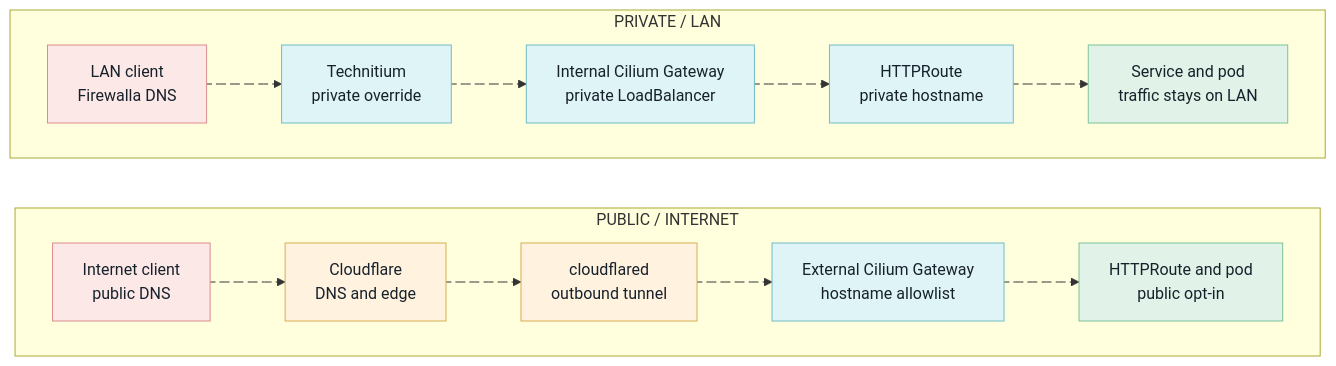
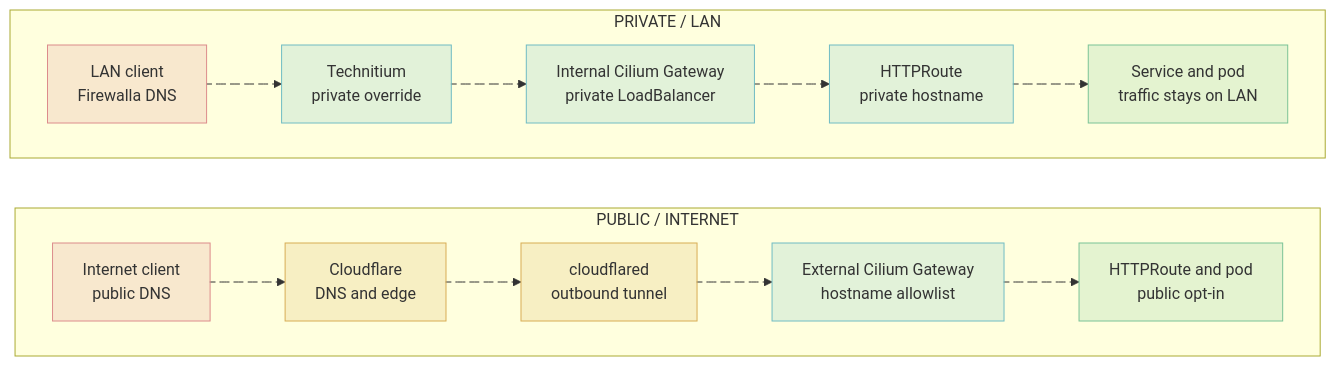
One commit to mitchross/talos-argocd-proxmox changed the diagram in docs/domains/networking/technitium-vanillax-me-migration.md. Above: the diagram before and after it, drawn with Mermaid. The commit also changed 8 other files, not shown here.

Commit message:
docs: make Mermaid boxes readable in dark mode (#4079)

````diff
--- a/docs/domains/networking/technitium-vanillax-me-migration.md
+++ b/docs/domains/networking/technitium-vanillax-me-migration.md
@@ -14,61 +14,61 @@
 ```mermaid
 flowchart TB
   accTitle: Private and public request paths
   accDescr: Private requests resolve through Technitium to the internal Cilium gateway. Public requests enter through Cloudflare Tunnel and the external gateway. Both paths end at an HTTPRoute and application service.
 
   subgraph PRIVATE["PRIVATE / LAN"]
     direction LR
     LAN["`LAN client
     Firewalla DNS`"]
     TECH["`Technitium
     private override`"]
     INT["`Internal Cilium Gateway
     private LoadBalancer`"]
     IROUTE["`HTTPRoute
     private hostname`"]
     IPOD["`Service and pod
     traffic stays on LAN`"]
     LAN private1@--> TECH
     TECH private2@--> INT
     INT private3@--> IROUTE
     IROUTE private4@--> IPOD
   end
 
   subgraph PUBLIC["PUBLIC / INTERNET"]
     direction LR
     WEB["`Internet client
     public DNS`"]
     CF["`Cloudflare
     DNS and edge`"]
     TUNNEL["`cloudflared
     outbound tunnel`"]
     EXT["`External Cilium Gateway
     hostname allowlist`"]
     PPOD["`HTTPRoute and pod
     public opt-in`"]
     WEB public1@--> CF
     CF public2@--> TUNNEL
     TUNNEL public3@--> EXT
     EXT public4@--> PPOD
   end
 
   PRIVATE ~~~ PUBLIC
 
-  classDef source fill:#fde8e8,stroke:#dc8c8c,color:#17212b
-  classDef controller fill:#dff4f6,stroke:#70bcc4,color:#17212b
-  classDef external fill:#fff3df,stroke:#d8ad55,color:#17212b
-  classDef healthy fill:#e1f3e8,stroke:#7bc397,color:#17212b
+  classDef source fill:#dc8c8c33,stroke:#dc8c8c
+  classDef controller fill:#70bcc433,stroke:#70bcc4
+  classDef external fill:#d8ad5533,stroke:#d8ad55
+  classDef healthy fill:#7bc39733,stroke:#7bc397
   class LAN,WEB source
   class TECH,INT,IROUTE,EXT controller
   class CF,TUNNEL external
   class IPOD,PPOD healthy
 
   private1@{ animation: fast }
   private2@{ animation: fast }
   private3@{ animation: fast }
   private4@{ animation: fast }
   public1@{ animation: fast }
   public2@{ animation: fast }
   public3@{ animation: fast }
   public4@{ animation: fast }
 ```
````
